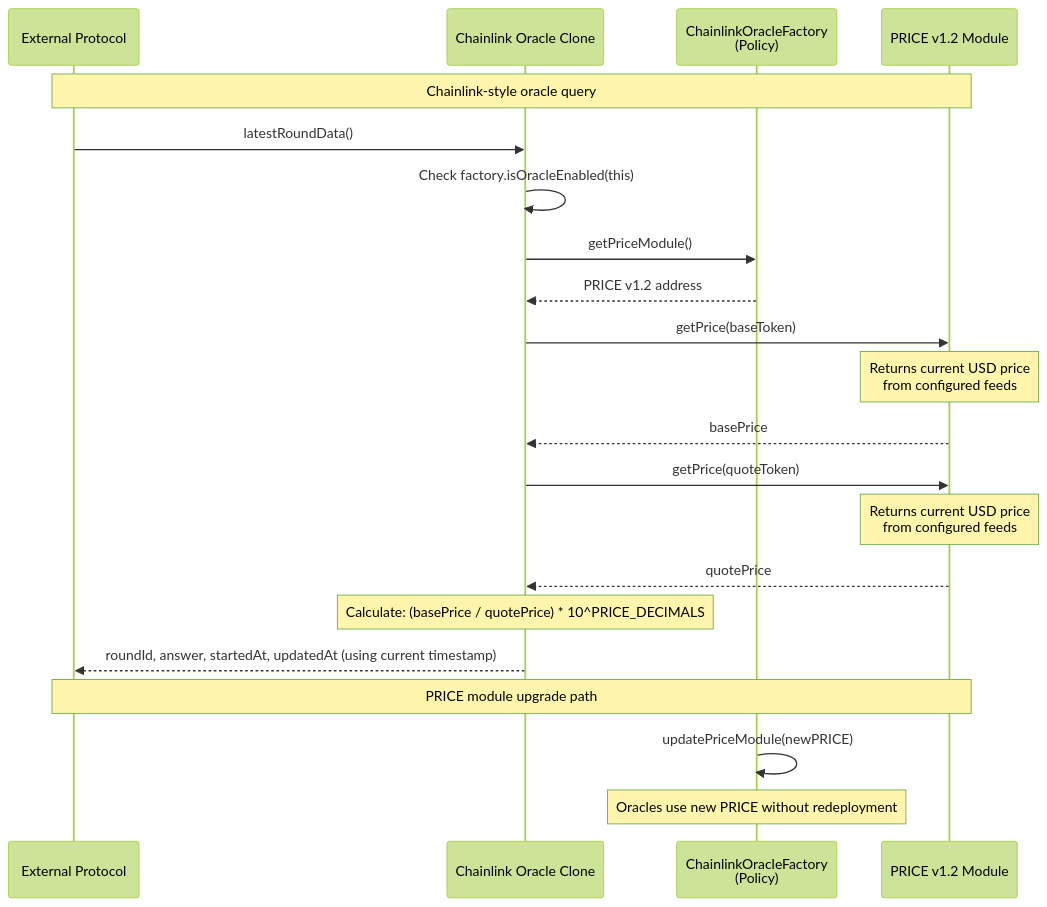
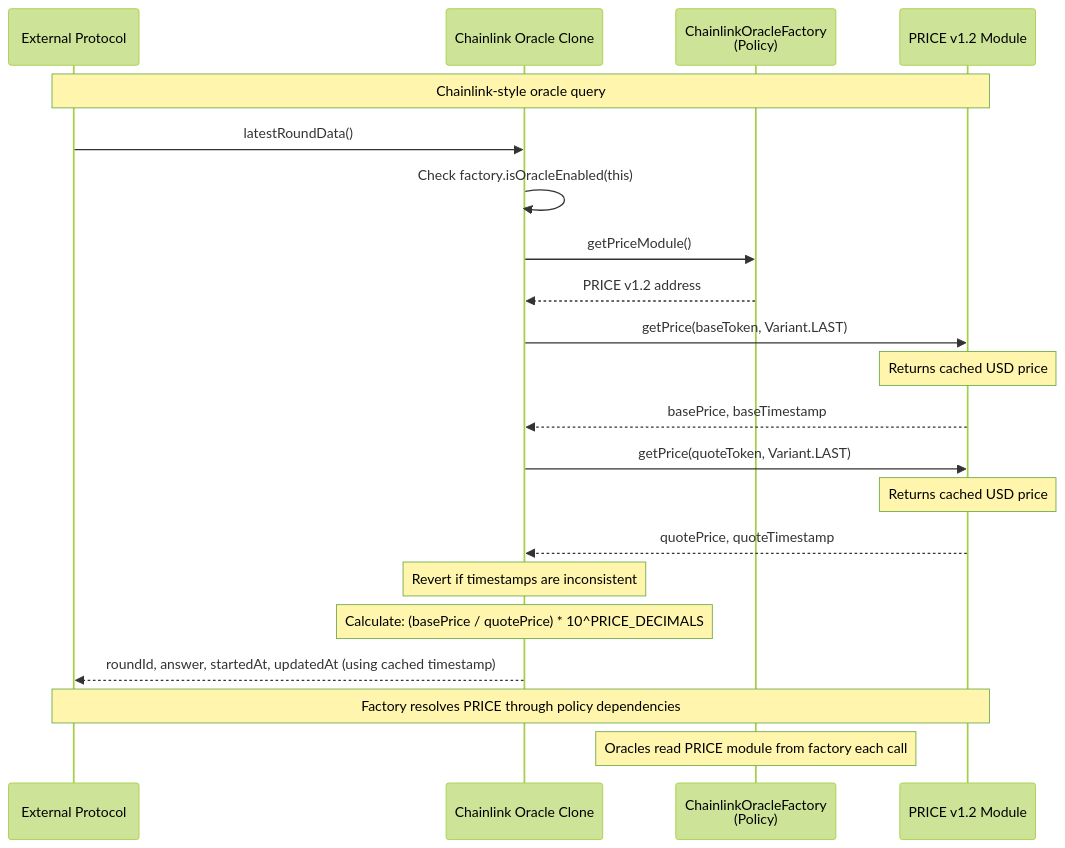
The fifth of 7 diagrams in audit/2026-03_price-feed-improvements/README.md (OlympusDAO/olympus-v3), drawn with Mermaid (forest theme) before and after one commit. The commit also changed other lines of this file and 3 other files, not shown here.

````diff
--- a/audit/2026-03_price-feed-improvements/README.md
+++ b/audit/2026-03_price-feed-improvements/README.md
@@ -359,29 +361,29 @@
 ```mermaid
 sequenceDiagram
   participant Protocol as External Protocol
   participant Oracle as Chainlink Oracle Clone
   participant Factory as ChainlinkOracleFactory<br/>(Policy)
   participant PRICE as PRICE v1.2 Module
 
   Note over Protocol,PRICE: Chainlink-style oracle query
 
   Protocol->>Oracle: latestRoundData()
   Oracle->>Oracle: Check factory.isOracleEnabled(this)
   Oracle->>Factory: getPriceModule()
   Factory-->>Oracle: PRICE v1.2 address
 
-  Oracle->>PRICE: getPrice(baseToken)
-  Note over PRICE: Returns current USD price<br/>from configured feeds
-  PRICE-->>Oracle: basePrice
+  Oracle->>PRICE: getPrice(baseToken, Variant.LAST)
+  Note over PRICE: Returns cached USD price
+  PRICE-->>Oracle: basePrice, baseTimestamp
 
-  Oracle->>PRICE: getPrice(quoteToken)
-  Note over PRICE: Returns current USD price<br/>from configured feeds
-  PRICE-->>Oracle: quotePrice
+  Oracle->>PRICE: getPrice(quoteToken, Variant.LAST)
+  Note over PRICE: Returns cached USD price
+  PRICE-->>Oracle: quotePrice, quoteTimestamp
 
+  Note over Oracle: Revert if timestamps are inconsistent
   Note over Oracle: Calculate: (basePrice / quotePrice) * 10^PRICE_DECIMALS
-  Oracle-->>Protocol: roundId, answer, startedAt, updatedAt (using current timestamp)
+  Oracle-->>Protocol: roundId, answer, startedAt, updatedAt (using cached timestamp)
 
-  Note over Protocol,PRICE: PRICE module upgrade path
-  Factory->>Factory: updatePriceModule(newPRICE)
-  Note over Factory: Oracles use new PRICE without redeployment
+  Note over Protocol,PRICE: Factory resolves PRICE through policy dependencies
+  Note over Factory: Oracles read PRICE module from factory each call
 ```
````
